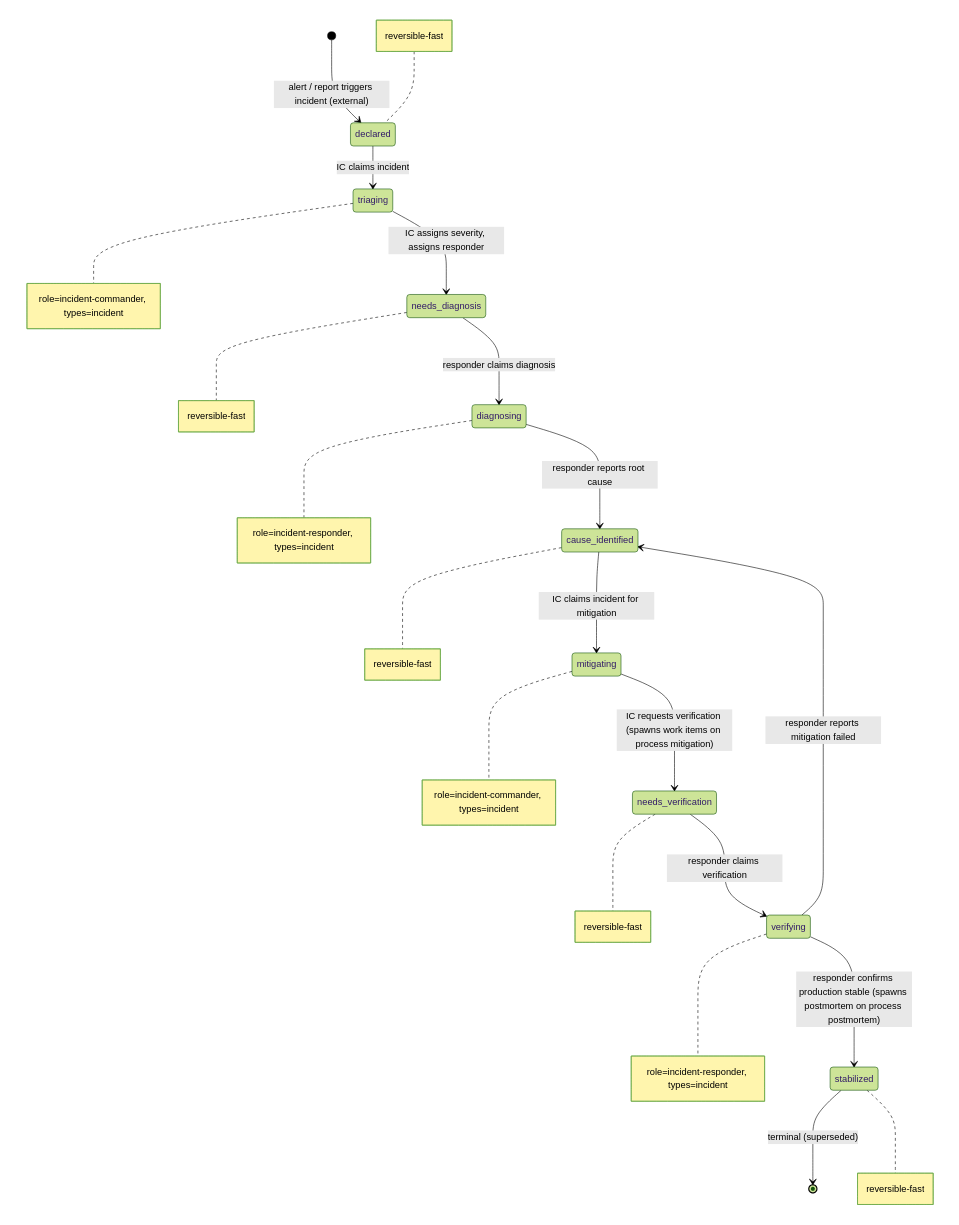
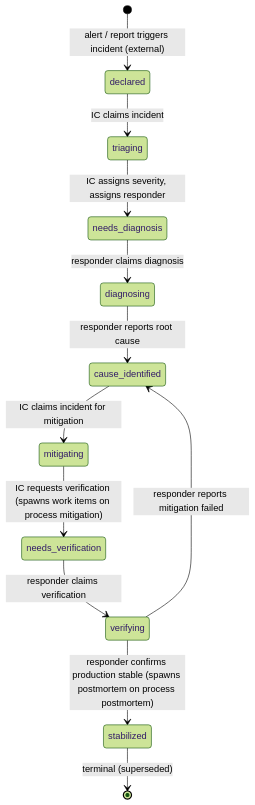
The diagram in examples/workflows/incident-response.md (blemees/blemees-workflow), drawn with Mermaid (forest theme) before and after one commit. The commit also changed other lines of this file and 51 other files, not shown here.

````diff
--- a/examples/workflows/incident-response.md
+++ b/examples/workflows/incident-response.md
@@ -11,28 +19,20 @@
 ```mermaid
 stateDiagram-v2
+    direction TB
     %% Cross-process interfaces:
+    %%   Spawn:   mitigating → process mitigation (issue_type=incident, initial=ready_for_rollback)
     %%   Spawn:   stabilized → process postmortem (issue_type=postmortem, initial=pending)
     %%
 
     [*] --> declared: alert / report triggers incident (external)
     declared --> triaging: IC claims incident
     triaging --> needs_diagnosis: IC assigns severity, assigns responder
     needs_diagnosis --> diagnosing: responder claims diagnosis
     diagnosing --> cause_identified: responder reports root cause
     cause_identified --> mitigating: IC claims incident for mitigation
     mitigating --> needs_verification: IC requests verification (spawns work items on process mitigation)
     needs_verification --> verifying: responder claims verification
     verifying --> cause_identified: responder reports mitigation failed
     verifying --> stabilized: responder confirms production stable (spawns postmortem on process postmortem)
     stabilized --> [*]: terminal (superseded)
-
-    note left of declared: reversible-fast
-    note right of triaging: role=incident-commander, types=incident
-    note right of needs_diagnosis: reversible-fast
-    note right of diagnosing: role=incident-responder, types=incident
-    note right of cause_identified: reversible-fast
-    note right of mitigating: role=incident-commander, types=incident
-    note right of needs_verification: reversible-fast
-    note right of verifying: role=incident-responder, types=incident
-    note right of stabilized: reversible-fast
 ```
````
